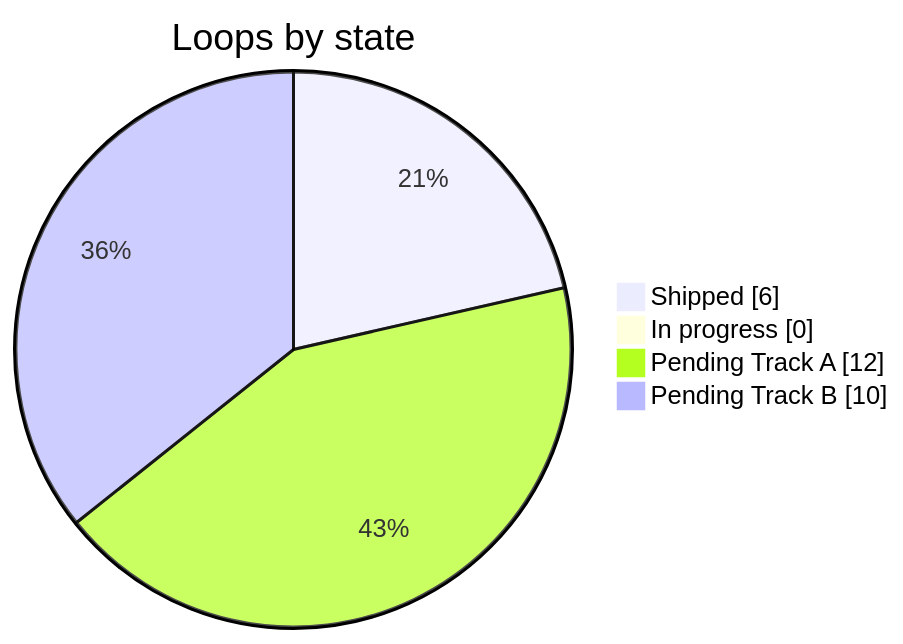
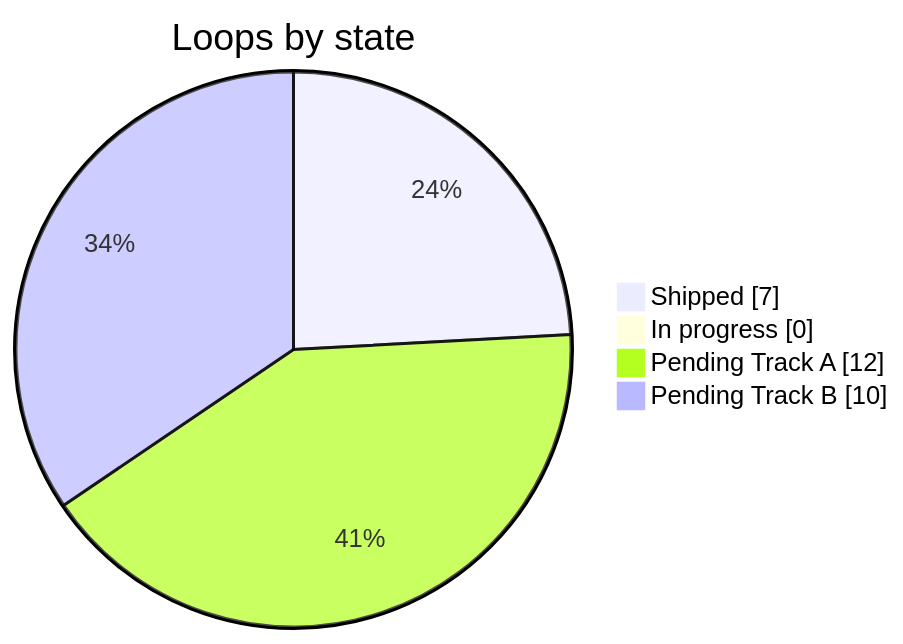
One commit to ivangarciafilho/DNDSheet changed the diagram in docs/roadmap/DNDSheet-Implementation-Backlog.md. Above: the diagram before and after it, drawn with Mermaid. The commit also changed other lines of this file and 2 other files, not shown here.

````diff
--- a/docs/roadmap/DNDSheet-Implementation-Backlog.md
+++ b/docs/roadmap/DNDSheet-Implementation-Backlog.md
@@ -54,8 +54,8 @@
 ```mermaid
 pie showData
   title Loops by state
-  "Shipped" : 6
+  "Shipped" : 7
   "In progress" : 0
   "Pending Track A" : 12
   "Pending Track B" : 10
 ```
````
